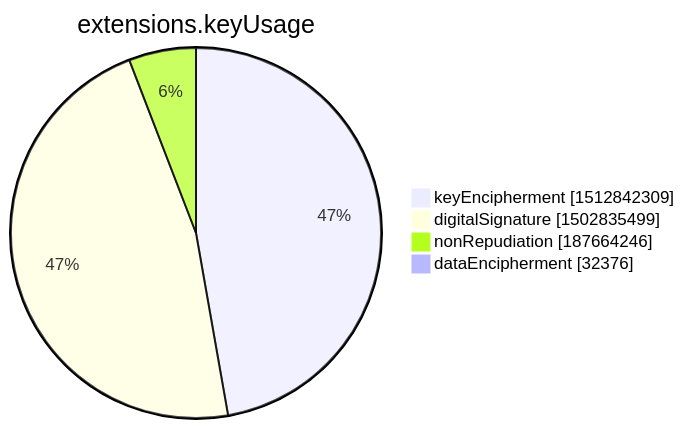
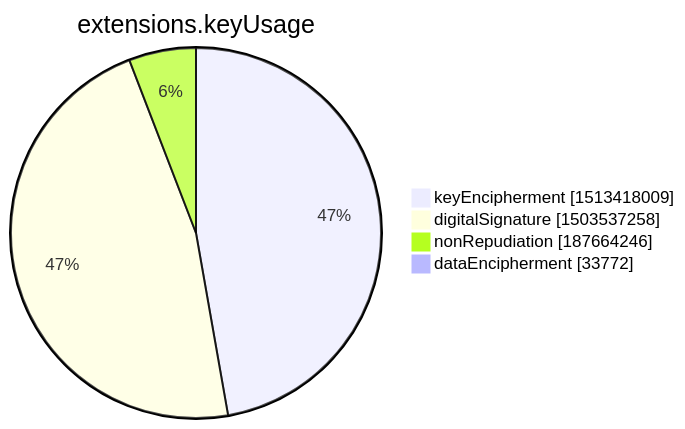
One commit to christiankrug/ctmonitor_visualization changed the seventh of 15 diagrams in xenon2022/README.md. Above: the diagram before and after it, drawn with Mermaid. The commit also changed other lines of this file, not shown here.

````diff
--- a/xenon2022/README.md
+++ b/xenon2022/README.md
@@ -2846,8 +2846,8 @@
 ```mermaid
 pie showData
 title extensions.keyUsage
-"keyEncipherment" :1512842309
-"digitalSignature" :1502835499
+"keyEncipherment" :1513418009
+"digitalSignature" :1503537258
 "nonRepudiation" :187664246
-"dataEncipherment" :32376
+"dataEncipherment" :33772
 ```
````
